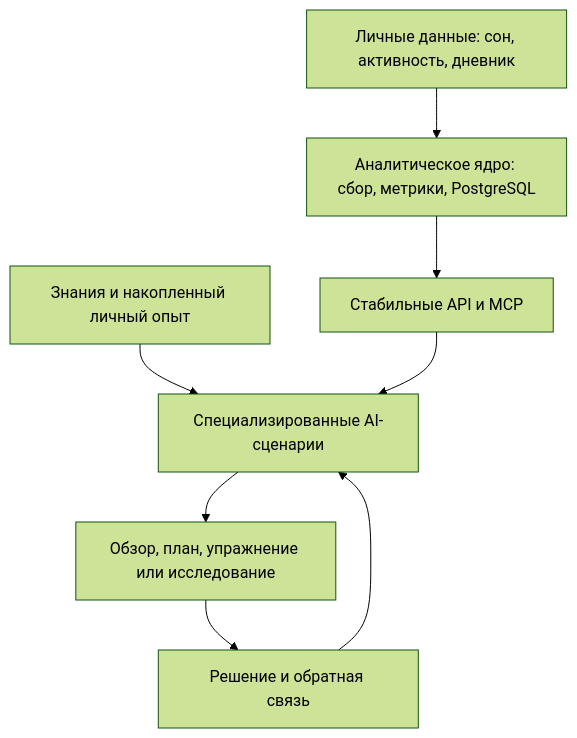
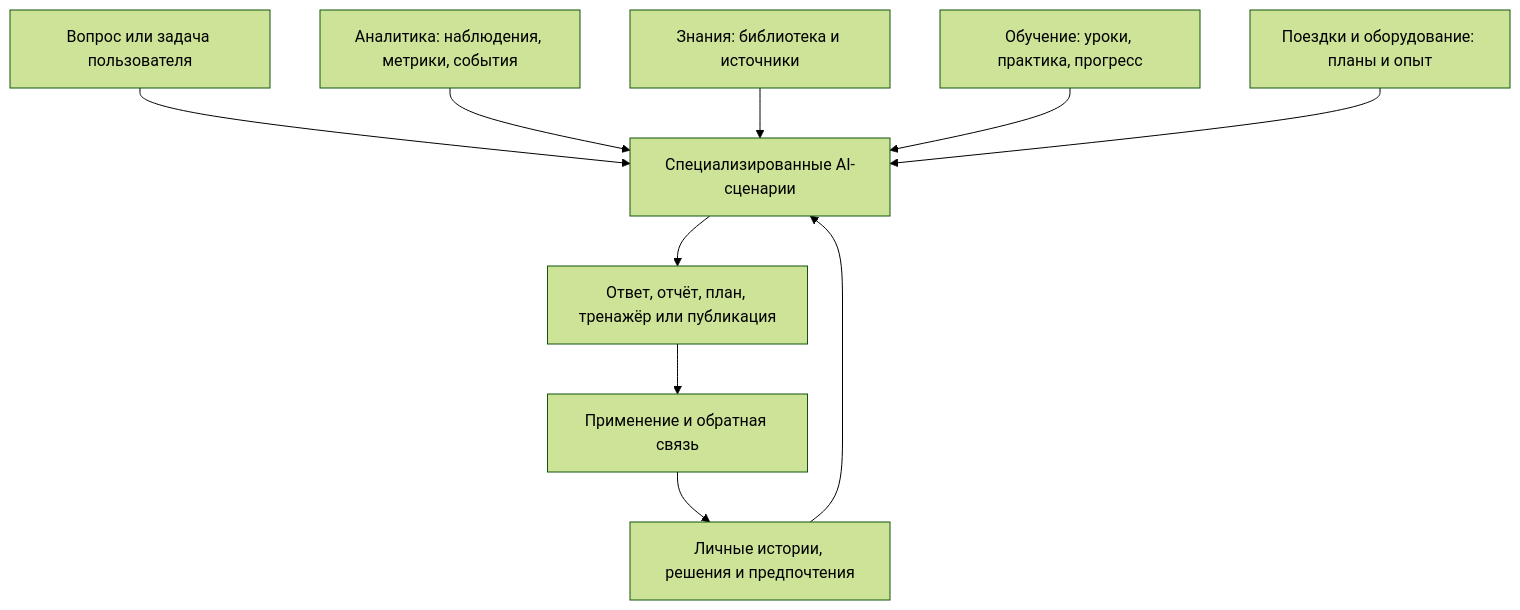
The diagram in projects/autodiary/README.md (dmitrii-naumenko/portfolio), drawn with Mermaid (forest theme) before and after one commit. The commit also changed other lines of this file and 9 other files, not shown here.

````diff
--- a/projects/autodiary/README.md
+++ b/projects/autodiary/README.md
@@ -31,10 +41,12 @@
 ```mermaid
 flowchart TD
-    Sources["Личные данные: сон, активность, дневник"] --> Core["Аналитическое ядро: сбор, метрики, PostgreSQL"]
-    Core --> Access["Стабильные API и MCP"]
-    Knowledge["Знания и накопленный личный опыт"] --> Tasks["Специализированные AI-сценарии"]
-    Access --> Tasks
-    Tasks --> Result["Обзор, план, упражнение или исследование"]
-    Result --> Feedback["Решение и обратная связь"]
-    Feedback --> Tasks
+    Question["Вопрос или задача пользователя"] --> Workflows["Специализированные AI-сценарии"]
+    Analytics["Аналитика: наблюдения, метрики, события"] --> Workflows
+    Knowledge["Знания: библиотека и источники"] --> Workflows
+    Learning["Обучение: уроки, практика, прогресс"] --> Workflows
+    Travel["Поездки и оборудование: планы и опыт"] --> Workflows
+    History["Личные истории, решения и предпочтения"] --> Workflows
+    Workflows --> Result["Ответ, отчёт, план, тренажёр или публикация"]
+    Result --> Feedback["Применение и обратная связь"]
+    Feedback --> History
 ```
````
